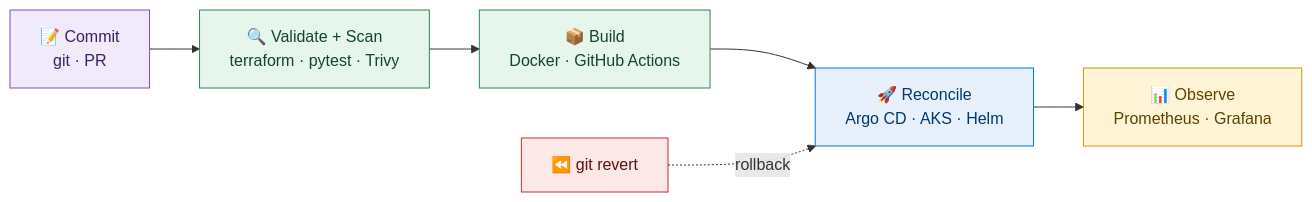
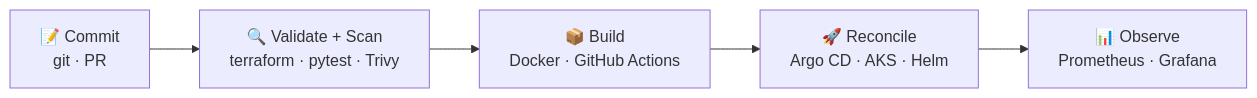
The first of 2 diagrams in README.md (aniket-devop/aniket-devop), drawn with Mermaid before and after one commit. The commit also changed other lines of this file, not shown here.

````diff
--- a/README.md
+++ b/README.md
@@ -43,19 +40,7 @@
 ```mermaid
 flowchart LR
     A["📝 Commit<br/>git · PR"] --> B["🔍 Validate + Scan<br/>terraform · pytest · Trivy"]
     B --> C["📦 Build<br/>Docker · GitHub Actions"]
     C --> D["🚀 Reconcile<br/>Argo CD · AKS · Helm"]
     D --> E["📊 Observe<br/>Prometheus · Grafana"]
-    R["⏪ git revert"] -.rollback.-> D
-
-    classDef src fill:#f1eafa,stroke:#844FBA,color:#3d1f66;
-    classDef check fill:#e6f6ec,stroke:#2f855a,color:#14452f;
-    classDef run fill:#e8f1fb,stroke:#0078D4,color:#003a70;
-    classDef obs fill:#fff4d6,stroke:#d19a00,color:#5c4300;
-    classDef back fill:#fde8e8,stroke:#c53030,color:#5a1313;
-    class A src;
-    class B,C check;
-    class D run;
-    class E obs;
-    class R back;
 ```
````
